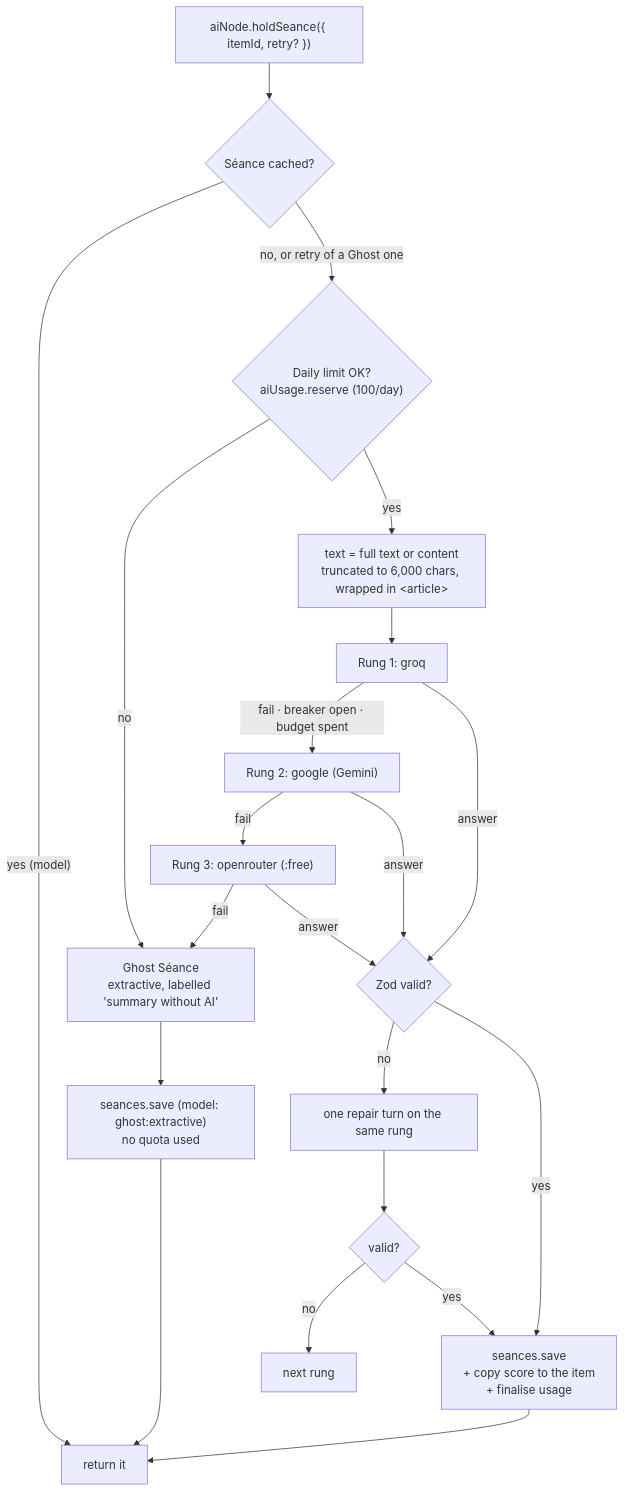
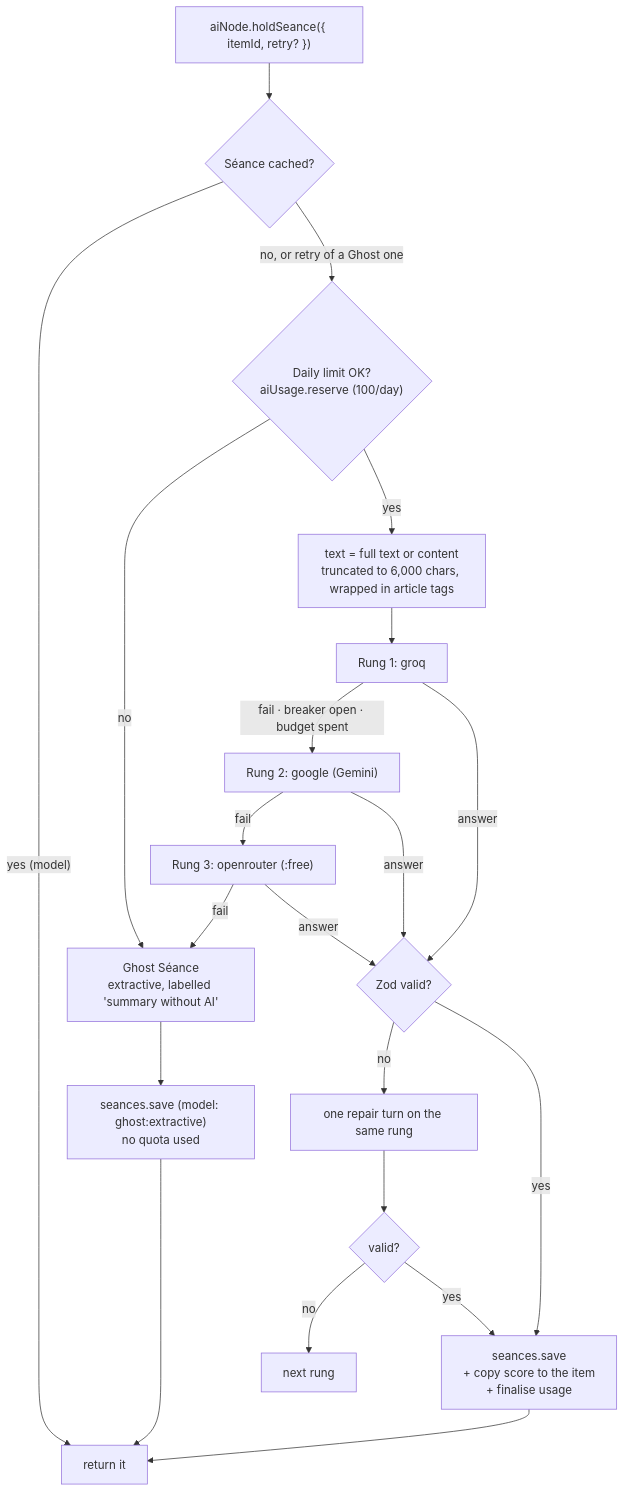
Before and after one commit to mawlid1431/Necro_Kiro_ween_Hackathon: the fifth of 10 diagrams in README.md, drawn with Mermaid. The commit also changed other lines of this file, not shown here.

First line of the commit message:
docs(readme): fix two Mermaid diagrams that failed to render on GitHub, link the live app

````diff
--- a/README.md
+++ b/README.md
@@ -259,20 +261,20 @@
 ```mermaid
 flowchart TD
   H["aiNode.holdSeance({ itemId, retry? })"] --> C{"Séance cached?"}
   C -- "yes (model)" --> OUT["return it"]
   C -- "no, or retry of a Ghost one" --> L{"Daily limit OK?<br/>aiUsage.reserve (100/day)"}
   L -- no --> GH["Ghost Séance<br/>extractive, labelled 'summary without AI'"]
-  L -- yes --> T["text = full text or content<br/>truncated to 6,000 chars, wrapped in &lt;article&gt;"]
+  L -- yes --> T["text = full text or content<br/>truncated to 6,000 chars, wrapped in article tags"]
   T --> R1["Rung 1: groq"]
   R1 -->|"fail · breaker open · budget spent"| R2["Rung 2: google (Gemini)"]
   R2 -->|fail| R3["Rung 3: openrouter (:free)"]
   R3 -->|fail| GH
   R1 & R2 & R3 -->|answer| Z{"Zod valid?"}
   Z -- no --> FIX["one repair turn on the same rung"] --> Z2{"valid?"}
   Z2 -- no --> NEXT["next rung"]
   Z -- yes --> SAVE["seances.save<br/>+ copy score to the item<br/>+ finalise usage"]
   Z2 -- yes --> SAVE
   GH --> SAVE2["seances.save (model: ghost:extractive)<br/>no quota used"]
   SAVE --> OUT
   SAVE2 --> OUT
 ```
````
